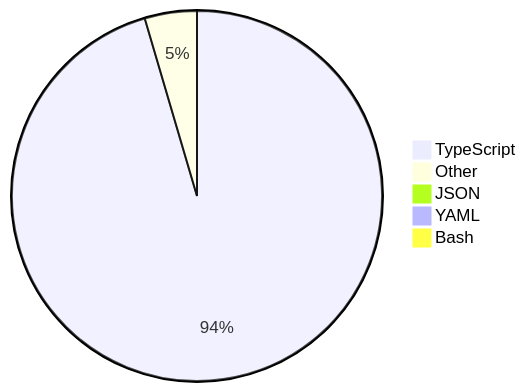
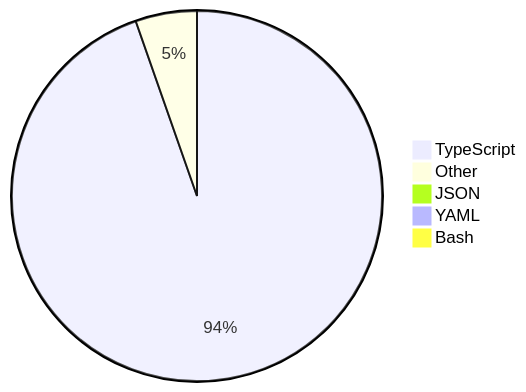
Before and after one commit to skvggor/skvggor: the diagram in README.md, drawn with Mermaid.

Commit message:
Updated waka-readme graph with new metrics

````diff
--- a/README.md
+++ b/README.md
@@ -14,8 +14,8 @@
 ```mermaid
 pie
-    "TypeScript" : 94.3
-    "Other" : 4.5
-    "JSON" : 0.6
-    "YAML" : 0.3
-    "Bash" : 0.2
+    "TypeScript" : 93.5
+    "Other" : 5.3
+    "JSON" : 0.7
+    "YAML" : 0.4
+    "Bash" : 0.1
 ```
````
